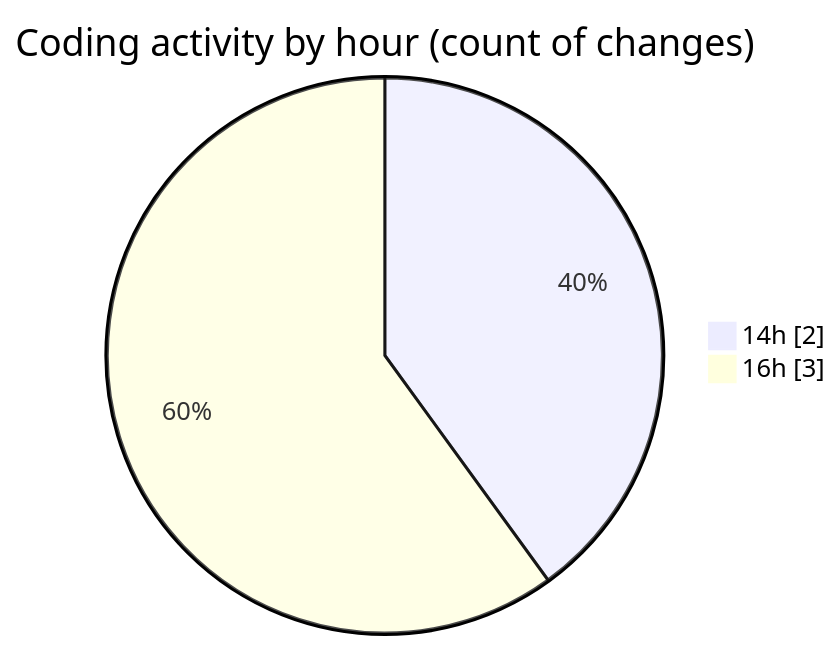
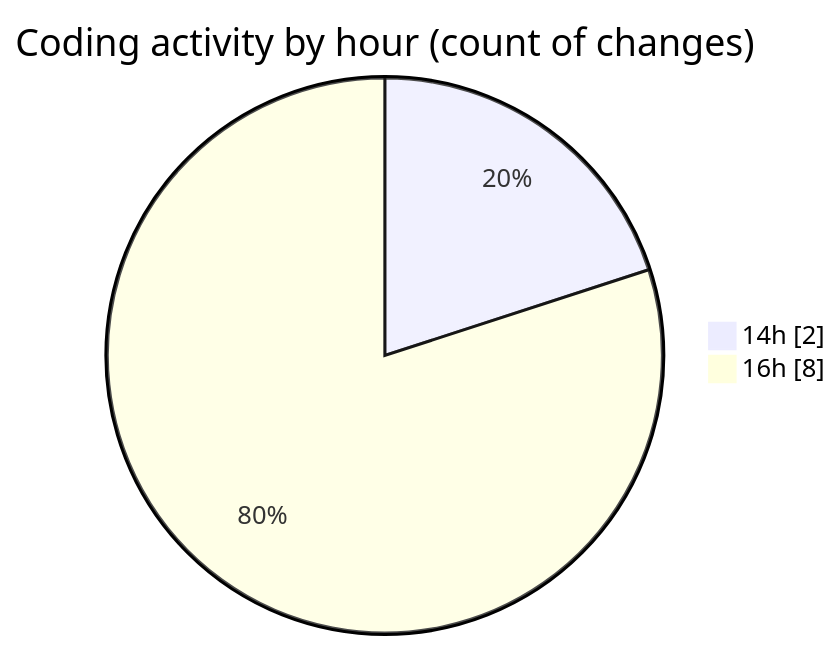
Before and after one commit to igalym/code-tracking: the second of 2 diagrams in 2026-01-05/budget_front_nest/README.md, drawn with Mermaid. The commit also changed other lines of this file and 1 other file, not shown here.

````diff
--- a/2026-01-05/budget_front_nest/README.md
+++ b/2026-01-05/budget_front_nest/README.md
@@ -32,6 +34,6 @@
 ```mermaid
 pie showData
 title Coding activity by hour (count of changes)
 "14h" : 2
-"16h" : 3
+"16h" : 8
 ```
````
